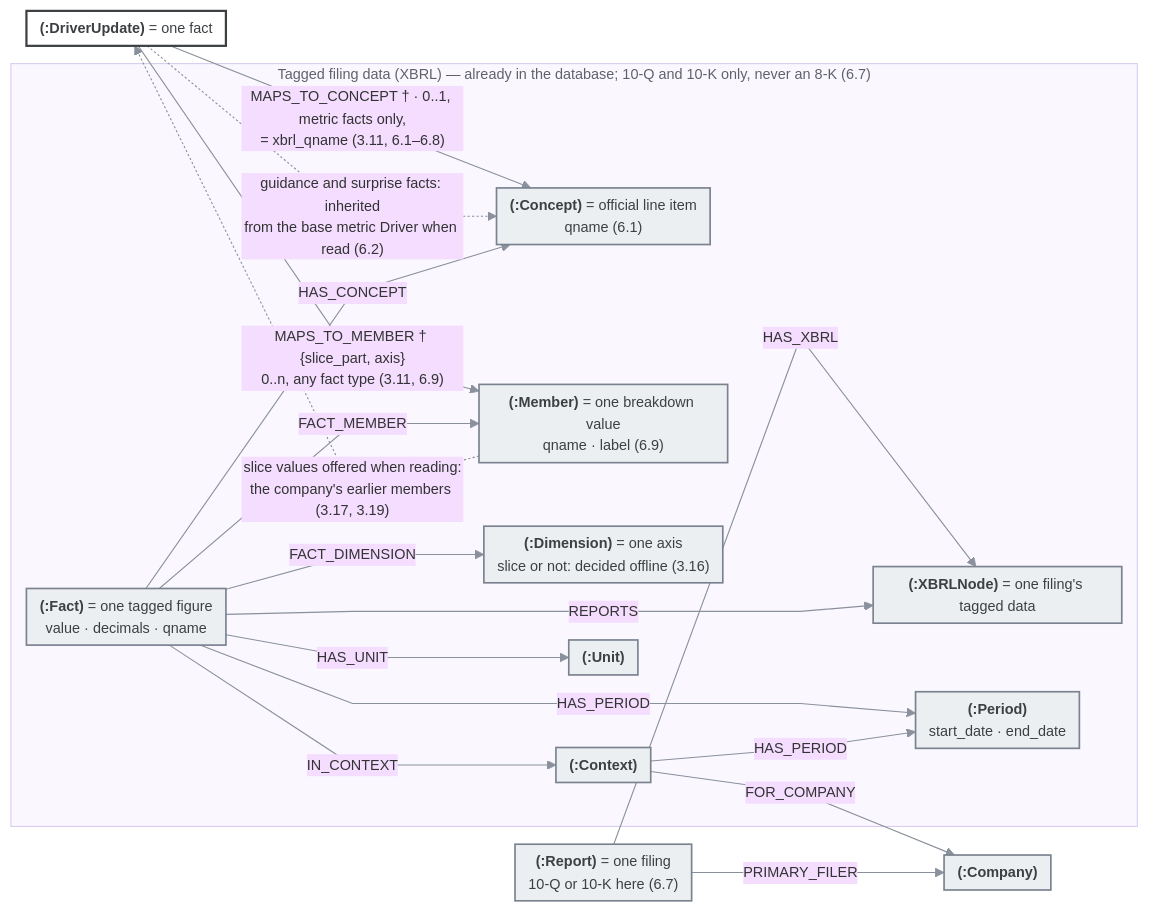
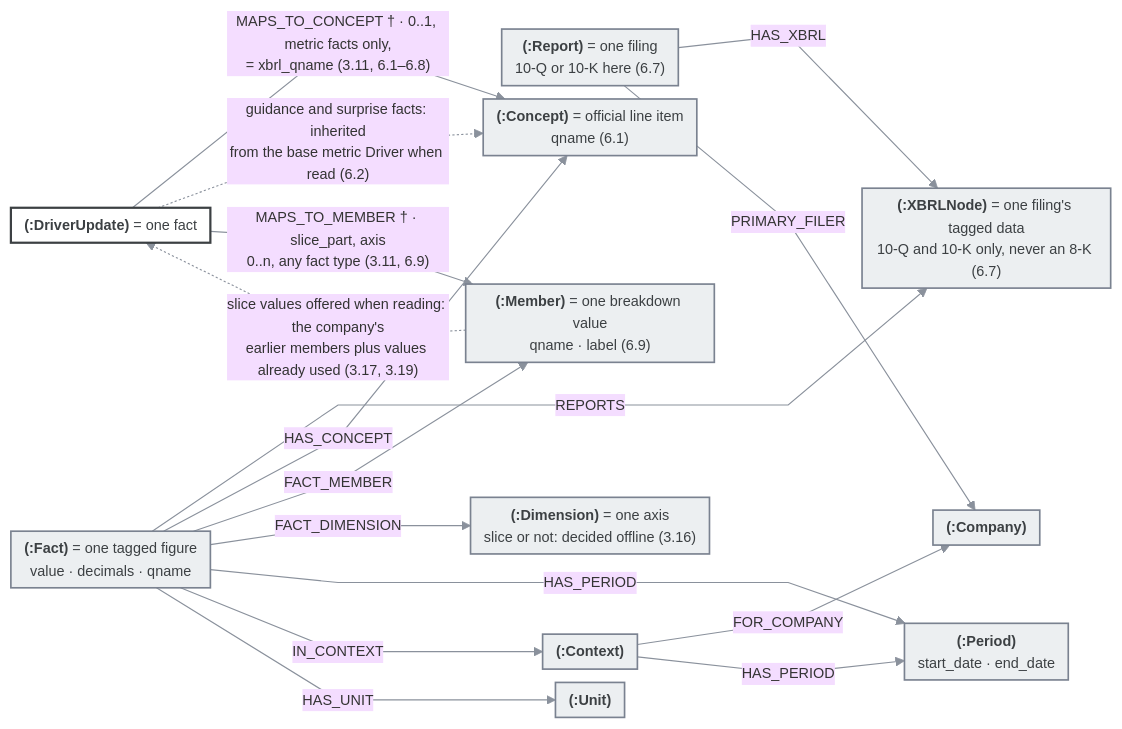
One commit to faisalanjum/EventTrader changed the third of 3 diagrams in .claude/plans/Drivers/DriversFinal/DRIVER_RULES_Categorized.md. Above: the diagram before and after it, drawn with Mermaid. The commit also changed other lines of this file and 2 other files, not shown here.

First line of the commit message:
docs: corrected Neo4j pictures, parking item P7, scratchpad log

````diff
--- a/.claude/plans/Drivers/DriversFinal/DRIVER_RULES_Categorized.md
+++ b/.claude/plans/Drivers/DriversFinal/DRIVER_RULES_Categorized.md
@@ -101,39 +105,36 @@
 ```mermaid
-%%{init: {"theme": "base", "flowchart": {"curve": "linear", "nodeSpacing": 12, "rankSpacing": 28, "padding": 6, "htmlLabels": true}, "themeVariables": {"fontFamily": "Arial", "fontSize": "13px", "lineColor": "#8a919c"}}}%%
+%%{init: {"theme": "base", "flowchart": {"curve": "linear", "nodeSpacing": 12, "rankSpacing": 30, "padding": 6, "htmlLabels": true}, "themeVariables": {"fontFamily": "Arial", "fontSize": "13px", "lineColor": "#8a919c"}}}%%
 flowchart LR
     DU["<b>(:DriverUpdate)</b> = one fact"]
     RP["<b>(:Report)</b> = one filing<br/>10-Q or 10-K here (6.7)"]
     CO["<b>(:Company)</b>"]
-    subgraph XB["Tagged filing data (XBRL) — already in the database; 10-Q and 10-K only, never an 8-K (6.7)"]
-        XN["<b>(:XBRLNode)</b> = one filing's tagged data"]
-        XF["<b>(:Fact)</b> = one tagged figure<br/>value · decimals · qname"]
-        CN["<b>(:Concept)</b> = official line item<br/>qname (6.1)"]
-        MB["<b>(:Member)</b> = one breakdown value<br/>qname · label (6.9)"]
-        DM["<b>(:Dimension)</b> = one axis<br/>slice or not: decided offline (3.16)"]
-        XP["<b>(:Period)</b><br/>start_date · end_date"]
-        CX["<b>(:Context)</b>"]
-        UN["<b>(:Unit)</b>"]
-    end
+    XN["<b>(:XBRLNode)</b> = one filing's tagged data<br/>10-Q and 10-K only, never an 8-K (6.7)"]
+    XF["<b>(:Fact)</b> = one tagged figure<br/>value · decimals · qname"]
+    CN["<b>(:Concept)</b> = official line item<br/>qname (6.1)"]
+    MB["<b>(:Member)</b> = one breakdown value<br/>qname · label (6.9)"]
+    DM["<b>(:Dimension)</b> = one axis<br/>slice or not: decided offline (3.16)"]
+    XP["<b>(:Period)</b><br/>start_date · end_date"]
+    CX["<b>(:Context)</b>"]
+    UN["<b>(:Unit)</b>"]
 
     DU -->|"MAPS_TO_CONCEPT † · 0..1, metric facts only,<br/>= xbrl_qname (3.11, 6.1–6.8)"| CN
     DU -.->|"guidance and surprise facts: inherited<br/>from the base metric Driver when read (6.2)"| CN
-    DU -->|"MAPS_TO_MEMBER † #123;slice_part, axis#125;<br/>0..n, any fact type (3.11, 6.9)"| MB
-    MB -.->|"slice values offered when reading:<br/>the company's earlier members (3.17, 3.19)"| DU
+    DU -->|"MAPS_TO_MEMBER † · slice_part, axis<br/>0..n, any fact type (3.11, 6.9)"| MB
+    MB -.->|"slice values offered when reading: the company's<br/>earlier members plus values already used (3.17, 3.19)"| DU
     RP -->|"HAS_XBRL"| XN
     RP -->|"PRIMARY_FILER"| CO
     XF -->|"REPORTS"| XN
     XF -->|"HAS_CONCEPT"| CN
     XF -->|"FACT_MEMBER"| MB
     XF -->|"FACT_DIMENSION"| DM
     XF -->|"HAS_PERIOD"| XP
     XF -->|"IN_CONTEXT"| CX
     XF -->|"HAS_UNIT"| UN
     CX -->|"FOR_COMPANY"| CO
     CX -->|"HAS_PERIOD"| XP
 
     classDef fact fill:#ffffff,stroke:#3c4043,stroke-width:2px,color:#3c4043
     classDef old fill:#eceff1,stroke:#7a8290,stroke-width:1.5px,color:#3c4043
     class DU fact
     class RP,CO,XN,XF,CN,MB,DM,XP,CX,UN old
-    style XB fill:#faf7ff,stroke:#d9cdee,color:#5f6368
 ```
````
